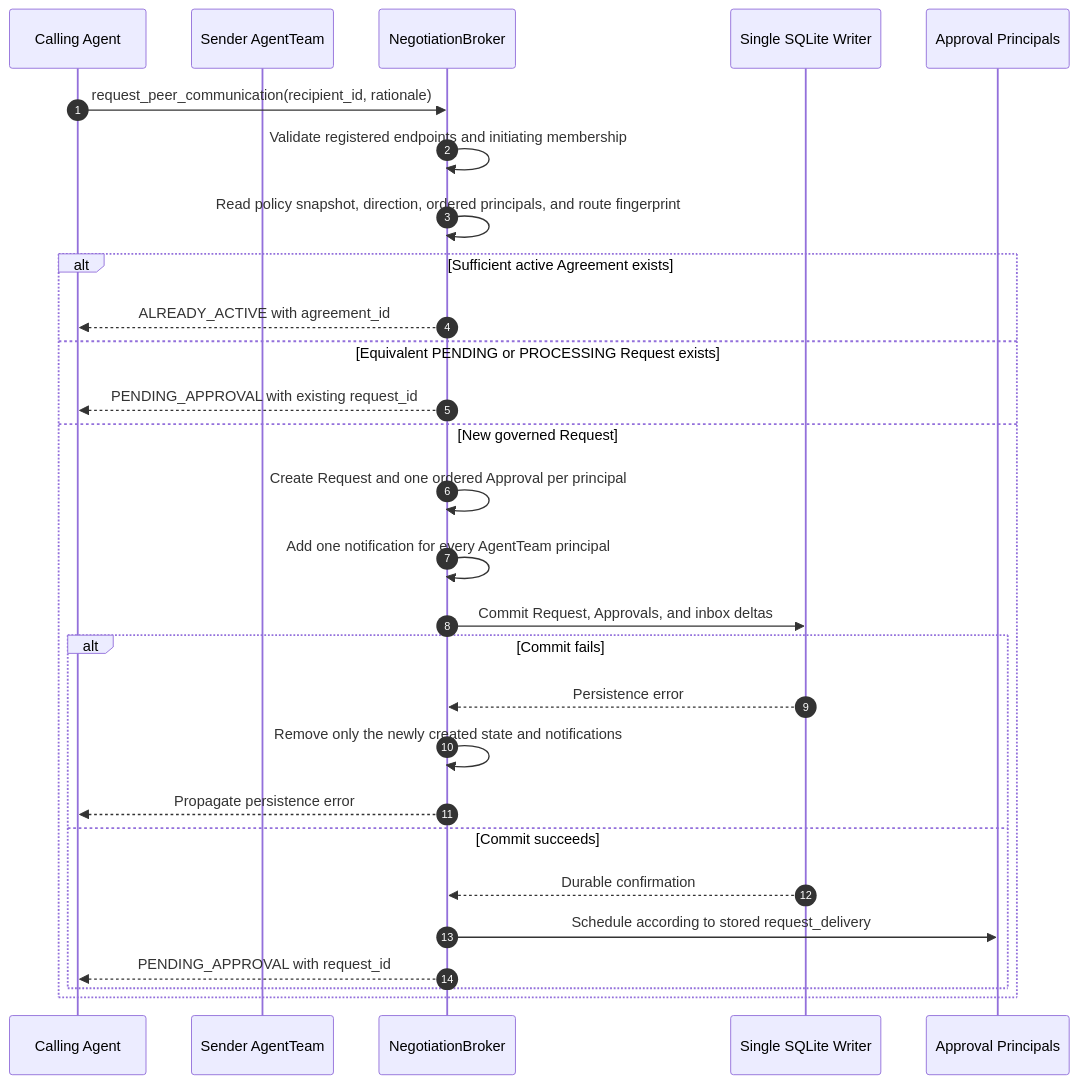
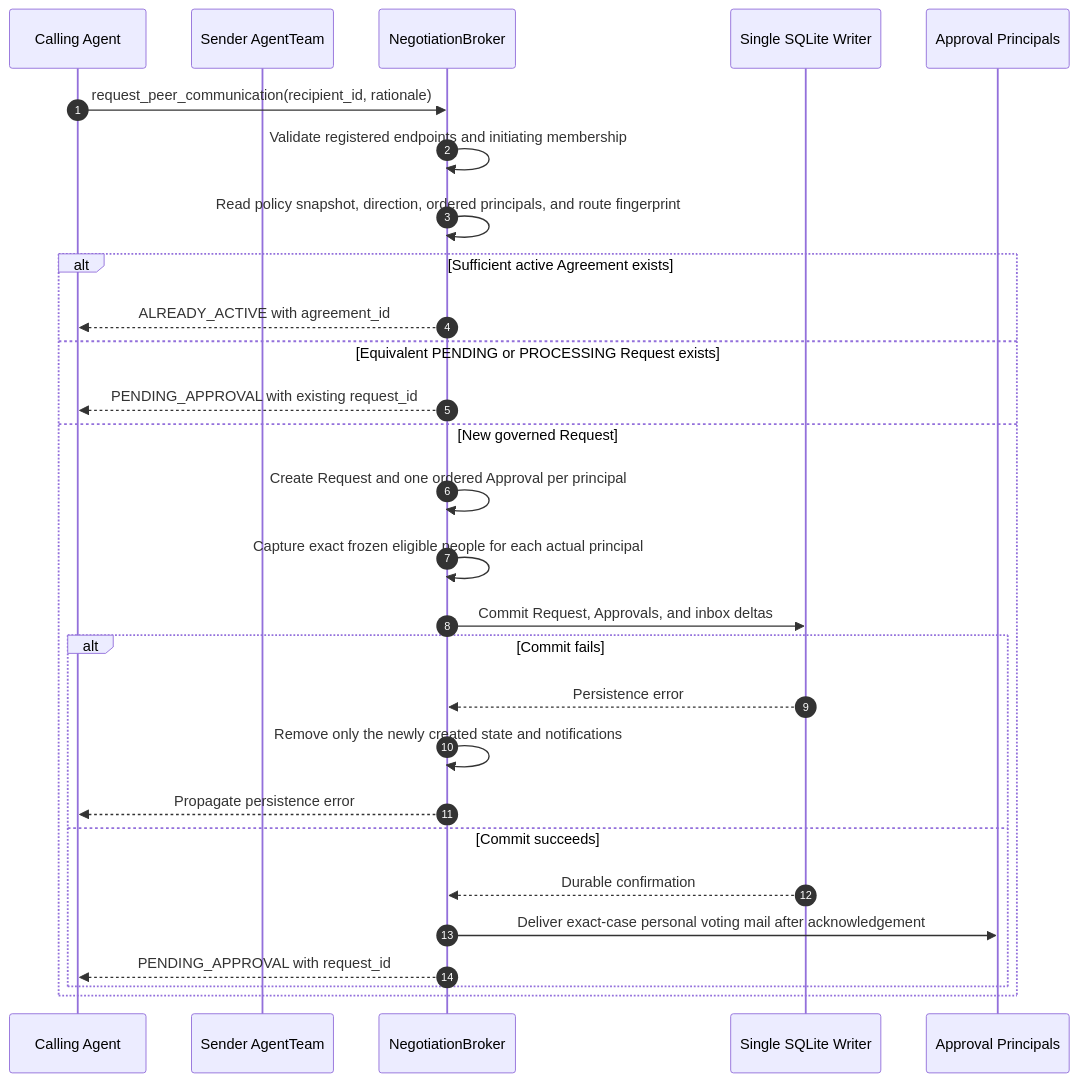
One commit to AI-Team-Team/AI-Team-Team changed the third of 9 diagrams in docs/flowcharts/Autonomous_Communication_Governance.md. Above: the diagram before and after it, drawn with Mermaid. The commit also changed other lines of this file and 310 other files, not shown here.

````diff
--- a/docs/flowcharts/Autonomous_Communication_Governance.md
+++ b/docs/flowcharts/Autonomous_Communication_Governance.md
@@ -113,31 +97,31 @@
 ```mermaid
 sequenceDiagram
     autonumber
     participant Agent as Calling Agent
     participant Team as Sender AgentTeam
     participant Broker as NegotiationBroker
     participant DB as Single SQLite Writer
     participant Approvers as Approval Principals
 
     Agent->>Broker: request_peer_communication(recipient_id, rationale)
     Broker->>Broker: Validate registered endpoints and initiating membership
     Broker->>Broker: Read policy snapshot, direction, ordered principals, and route fingerprint
     alt Sufficient active Agreement exists
         Broker-->>Agent: ALREADY_ACTIVE with agreement_id
     else Equivalent PENDING or PROCESSING Request exists
         Broker-->>Agent: PENDING_APPROVAL with existing request_id
     else New governed Request
         Broker->>Broker: Create Request and one ordered Approval per principal
-        Broker->>Broker: Add one notification for every AgentTeam principal
+        Broker->>Broker: Capture exact frozen eligible people for each actual principal
         Broker->>DB: Commit Request, Approvals, and inbox deltas
         alt Commit fails
             DB-->>Broker: Persistence error
             Broker->>Broker: Remove only the newly created state and notifications
             Broker-->>Agent: Propagate persistence error
         else Commit succeeds
             DB-->>Broker: Durable confirmation
-            Broker->>Approvers: Schedule according to stored request_delivery
+            Broker->>Approvers: Deliver exact-case personal voting mail after acknowledgement
             Broker-->>Agent: PENDING_APPROVAL with request_id
         end
     end
 ```
````
